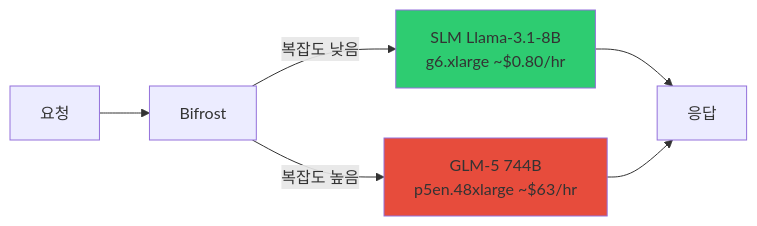
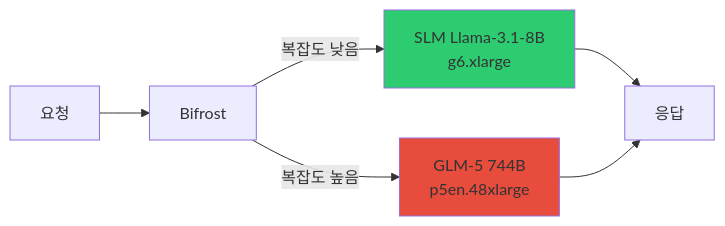
One commit to devfloor9/engineering-playbook changed the third of 4 diagrams in i18n/ko/docusaurus-plugin-content-docs/current/agentic-ai-platform/reference-architecture/model-lifecycle/custom-model-pipeline.md. Above: the diagram before and after it, drawn with Mermaid. The commit also changed other lines of this file and 18 other files, not shown here.

````diff
--- a/i18n/ko/docusaurus-plugin-content-docs/current/agentic-ai-platform/reference-architecture/model-lifecycle/custom-model-pipeline.md
+++ b/i18n/ko/docusaurus-plugin-content-docs/current/agentic-ai-platform/reference-architecture/model-lifecycle/custom-model-pipeline.md
@@ -356,11 +356,11 @@
 ```mermaid
 graph LR
     Req[요청] --> BF[Bifrost]
-    BF -->|복잡도 낮음| SLM[SLM Llama-3.1-8B<br/>g6.xlarge ~$0.80/hr]
-    BF -->|복잡도 높음| LLM[GLM-5 744B<br/>p5en.48xlarge ~$63/hr]
+    BF -->|복잡도 낮음| SLM[SLM Llama-3.1-8B<br/>g6.xlarge]
+    BF -->|복잡도 높음| LLM[GLM-5 744B<br/>p5en.48xlarge]
     SLM --> Resp[응답]
     LLM --> Resp
     
     style SLM fill:#2ecc71
     style LLM fill:#e74c3c
 ```
````
